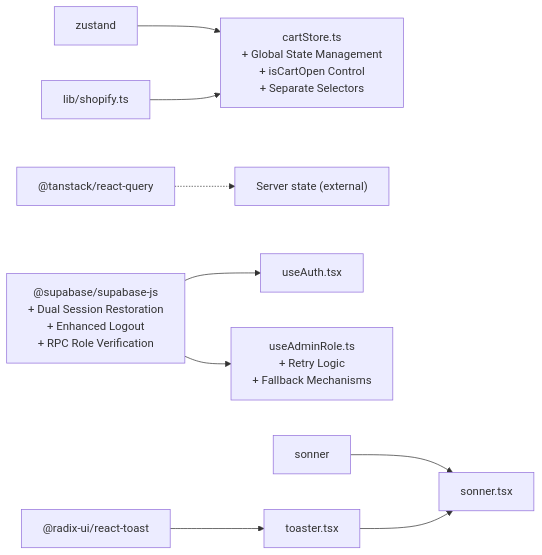
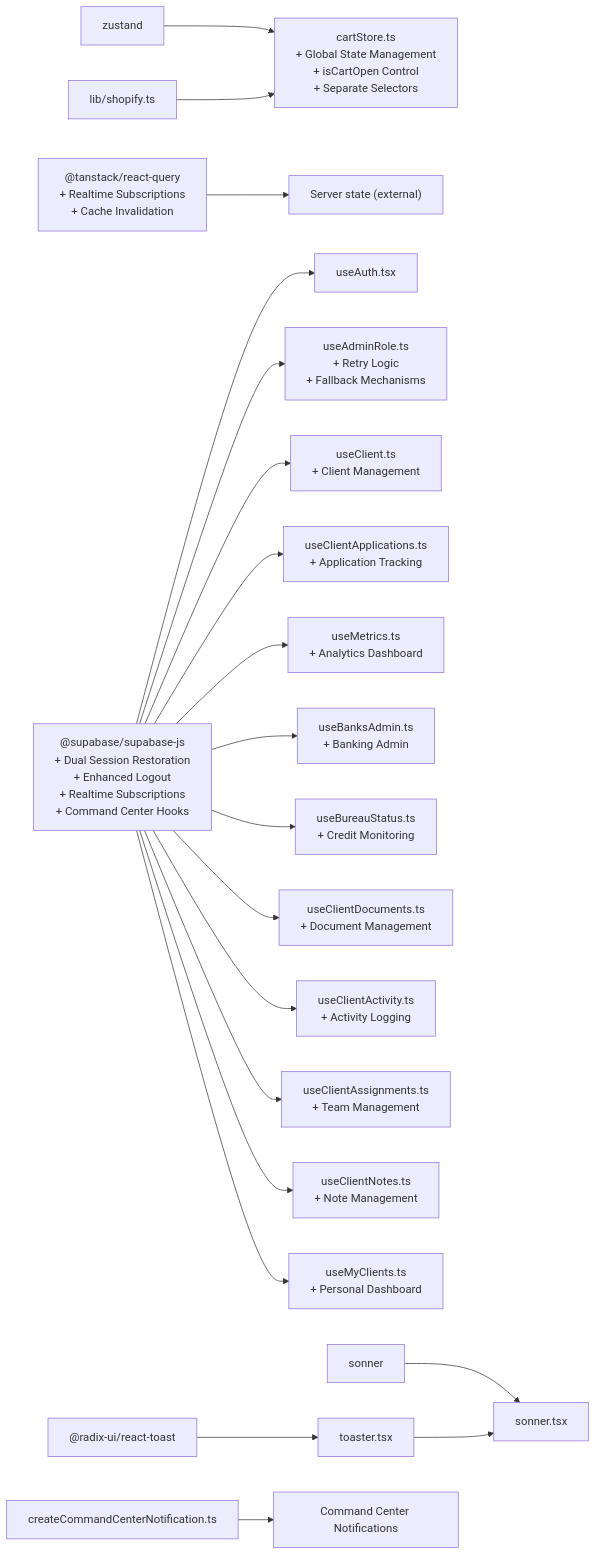
The eighth of 8 diagrams in .qoder/repowiki/en/content/State Management.md (Hawky1/ryland), drawn with Mermaid before and after one commit. The commit also changed other lines of this file and 88 other files, not shown here.

Commit message:
refactor: remove Command Center MVP, add security fixes & admin metadata migrations

````diff
--- a/.qoder/repowiki/en/content/State Management.md
+++ b/.qoder/repowiki/en/content/State Management.md
@@ -454,11 +657,22 @@
 ```mermaid
 graph LR
 ZUSTAND["zustand"] --> CARTSTORE["cartStore.ts<br/>+ Global State Management<br/>+ isCartOpen Control<br/>+ Separate Selectors"]
-REACTQUERY["@tanstack/react-query"] -.-> SERVERSTATE["Server state (external)"]
-SUPABASE["@supabase/supabase-js<br/>+ Dual Session Restoration<br/>+ Enhanced Logout<br/>+ RPC Role Verification"] --> AUTHHOOK["useAuth.tsx"]
+REACTQUERY["@tanstack/react-query<br/>+ Realtime Subscriptions<br/>+ Cache Invalidation"] --> SERVERSTATE["Server state (external)"]
+SUPABASE["@supabase/supabase-js<br/>+ Dual Session Restoration<br/>+ Enhanced Logout<br/>+ Realtime Subscriptions<br/>+ Command Center Hooks"] --> AUTHHOOK["useAuth.tsx"]
 SUPABASE --> ADMINHOOK["useAdminRole.ts<br/>+ Retry Logic<br/>+ Fallback Mechanisms"]
+SUPABASE --> CLIENTHOOK["useClient.ts<br/>+ Client Management"]
+SUPABASE --> APPSHOOK["useClientApplications.ts<br/>+ Application Tracking"]
+SUPABASE --> METRICSHOOK["useMetrics.ts<br/>+ Analytics Dashboard"]
+SUPABASE --> BANKSHOOK["useBanksAdmin.ts<br/>+ Banking Admin"]
+SUPABASE --> BUREAUSHOOK["useBureauStatus.ts<br/>+ Credit Monitoring"]
+SUPABASE --> DOCSHOOK["useClientDocuments.ts<br/>+ Document Management"]
+SUPABASE --> ACTIVITYHOOK["useClientActivity.ts<br/>+ Activity Logging"]
+SUPABASE --> ASSIGNHOOK["useClientAssignments.ts<br/>+ Team Management"]
+SUPABASE --> NOTESHOOK["useClientNotes.ts<br/>+ Note Management"]
+SUPABASE --> MYCLIENTSHOOK["useMyClients.ts<br/>+ Personal Dashboard"]
 SHOP["lib/shopify.ts"] --> CARTSTORE
 RADIX["@radix-ui/react-toast"] --> TOASTUI["toaster.tsx"]
 SONNER["sonner"] --> SONNERCOMP["sonner.tsx"]
 TOASTUI --> SONNERCOMP
+UTILS["createCommandCenterNotification.ts"] --> NOTIFICATIONS["Command Center Notifications"]
 ```
````
